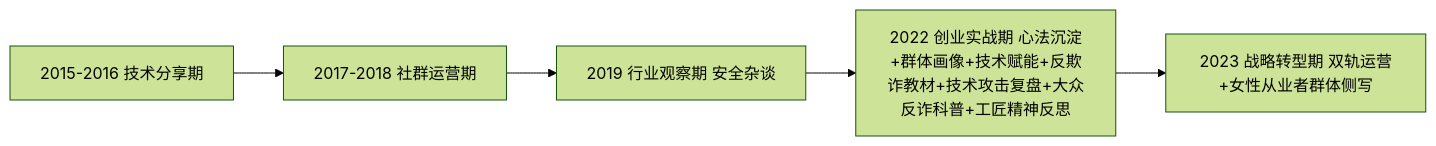
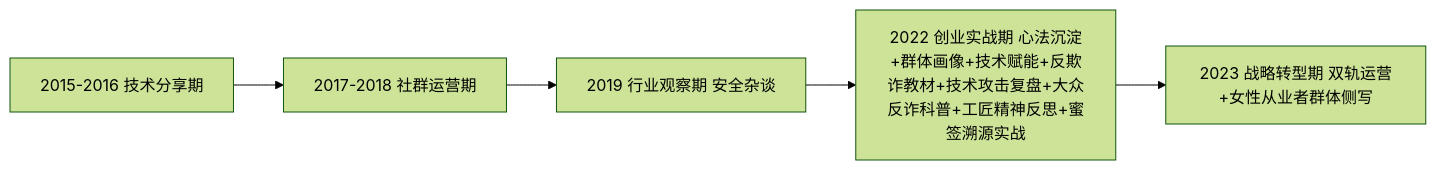
The diagram in pages/301-zai-lushang-wechat-archive-201508-202208.md (OpenDocCN1/sec-llm-wiki), drawn with Mermaid (forest theme) before and after one commit. The commit also changed other lines of this file and 5 other files, not shown here.

````diff
--- a/pages/301-zai-lushang-wechat-archive-201508-202208.md
+++ b/pages/301-zai-lushang-wechat-archive-201508-202208.md
@@ -399,7 +452,7 @@
 ```mermaid
 graph LR
 A[2015-2016 技术分享期] --> B[2017-2018 社群运营期]
 B --> C[2019 行业观察期 安全杂谈]
-C --> D[2022 创业实战期 心法沉淀+群体画像+技术赋能+反欺诈教材+技术攻击复盘+大众反诈科普+工匠精神反思]
+C --> D[2022 创业实战期 心法沉淀+群体画像+技术赋能+反欺诈教材+技术攻击复盘+大众反诈科普+工匠精神反思+蜜签溯源实战]
 D --> E[2023 战略转型期 双轨运营+女性从业者群体侧写]
 ```
````
